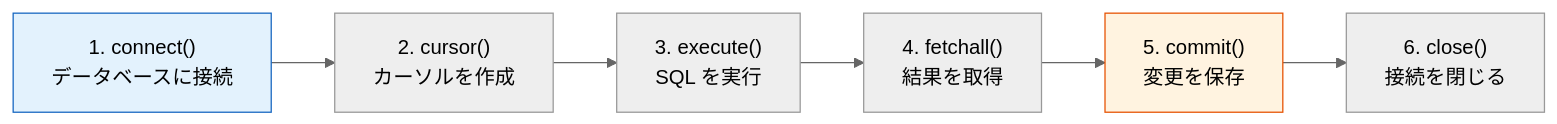
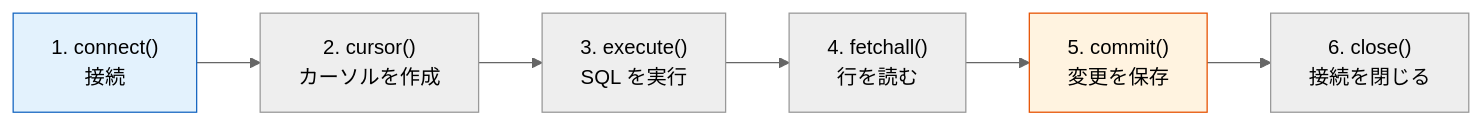
The second of 2 diagrams in i18n/ja/docusaurus-plugin-content-docs/current/ch03-data-analysis/ch05-database/03-python-db.md (oudbiao/AI-fullstack-course), drawn with Mermaid (neutral theme) before and after one commit. The commit also changed other lines of this file and 8 other files, not shown here.

````diff
--- a/i18n/ja/docusaurus-plugin-content-docs/current/ch03-data-analysis/ch05-database/03-python-db.md
+++ b/i18n/ja/docusaurus-plugin-content-docs/current/ch03-data-analysis/ch05-database/03-python-db.md
@@ -97,11 +88,11 @@
 ```mermaid
 flowchart LR
-    A["1. connect()<br/>データベースに接続"] --> B["2. cursor()<br/>カーソルを作成"]
+    A["1. connect()<br/>接続"] --> B["2. cursor()<br/>カーソルを作成"]
     B --> C["3. execute()<br/>SQL を実行"]
-    C --> D["4. fetchall()<br/>結果を取得"]
+    C --> D["4. fetchall()<br/>行を読む"]
     D --> E["5. commit()<br/>変更を保存"]
     E --> F["6. close()<br/>接続を閉じる"]
 
     style A fill:#e3f2fd,stroke:#1565c0
     style E fill:#fff3e0,stroke:#e65100
 ```
````
